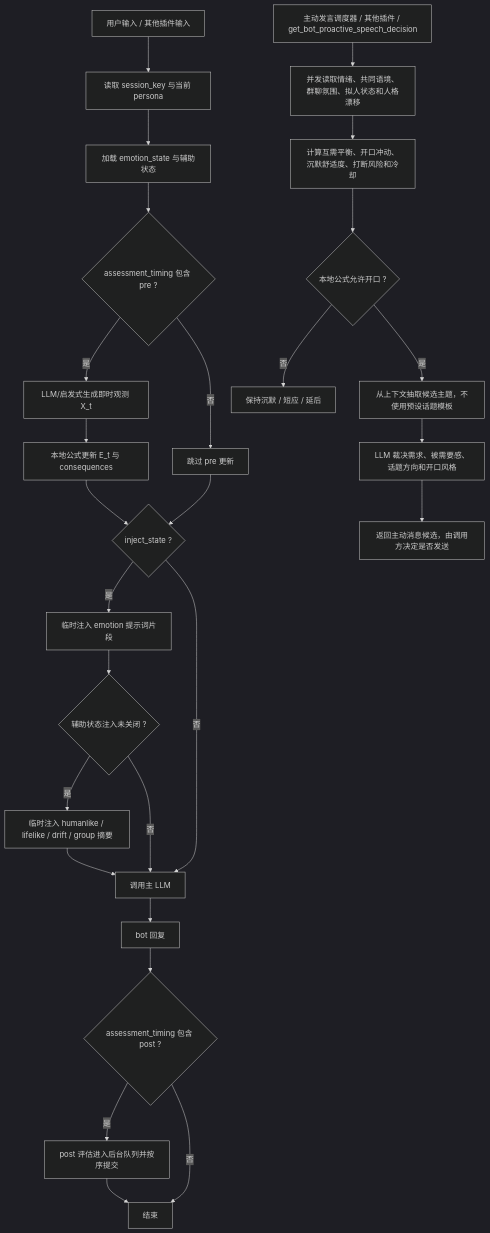
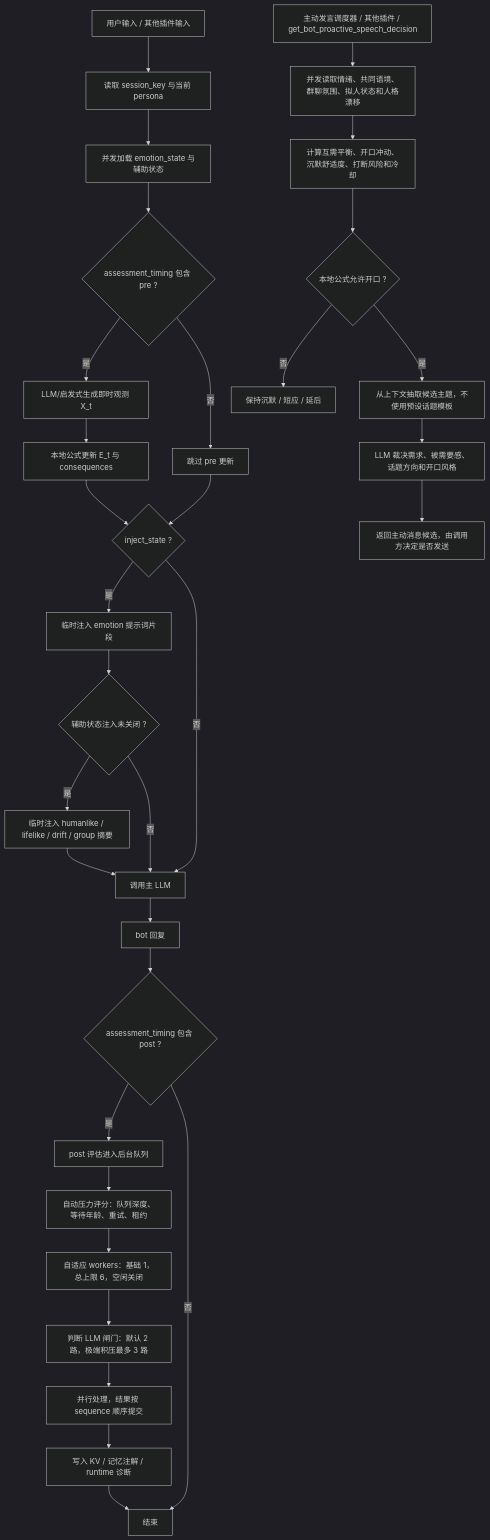
The second of 2 diagrams in README.md (Ayleovelle/astrbot_plugin_sylanne), drawn with Mermaid (dark theme) before and after one commit. The commit also changed other lines of this file and 12 other files, not shown here.

````diff
--- a/README.md
+++ b/README.md
@@ -806,30 +819,35 @@
 ```mermaid
 flowchart TD
     A["用户输入 / 其他插件输入"] --> B["读取 session_key 与当前 persona"]
-    B --> C["加载 emotion_state 与辅助状态"]
+    B --> C["并发加载 emotion_state 与辅助状态"]
     C --> D{"assessment_timing 包含 pre ?"}
     D -- "是" --> E["LLM/启发式生成即时观测 X_t"]
     E --> F["本地公式更新 E_t 与 consequences"]
     D -- "否" --> G["跳过 pre 更新"]
     F --> H{"inject_state ?"}
     G --> H
     H -- "是" --> I["临时注入 emotion 提示词片段"]
     I --> J{"辅助状态注入未关闭 ?"}
     J -- "是" --> K["临时注入 humanlike / lifelike / drift / group 摘要"]
     J -- "否" --> L["调用主 LLM"]
     K --> L
     H -- "否" --> L
     L --> M["bot 回复"]
     M --> N{"assessment_timing 包含 post ?"}
-    N -- "是" --> O["post 评估进入后台队列并按序提交"]
-    N -- "否" --> P["结束"]
-    O --> P
+    N -- "是" --> O["post 评估进入后台队列"]
+    O --> P["自动压力评分：队列深度、等待年龄、重试、租约"]
+    P --> Q["自适应 workers：基础 1，总上限 6，空闲关闭"]
+    Q --> R["判断 LLM 闸门：默认 2 路，极端积压最多 3 路"]
+    R --> S["并行处理，结果按 sequence 顺序提交"]
+    S --> AC["写入 KV / 记忆注解 / runtime 诊断"]
+    N -- "否" --> T["结束"]
+    AC --> T
 
-    Q["主动发言调度器 / 其他插件 / get_bot_proactive_speech_decision"] --> R["并发读取情绪、共同语境、群聊氛围、拟人状态和人格漂移"]
-    R --> S["计算互需平衡、开口冲动、沉默舒适度、打断风险和冷却"]
-    S --> T{"本地公式允许开口 ?"}
-    T -- "否" --> U["保持沉默 / 短应 / 延后"]
-    T -- "是" --> V["从上下文抽取候选主题，不使用预设话题模板"]
-    V --> W["LLM 裁决需求、被需要感、话题方向和开口风格"]
-    W --> X["返回主动消息候选，由调用方决定是否发送"]
+    U["主动发言调度器 / 其他插件 / get_bot_proactive_speech_decision"] --> V["并发读取情绪、共同语境、群聊氛围、拟人状态和人格漂移"]
+    V --> W["计算互需平衡、开口冲动、沉默舒适度、打断风险和冷却"]
+    W --> X{"本地公式允许开口 ?"}
+    X -- "否" --> Y["保持沉默 / 短应 / 延后"]
+    X -- "是" --> Z["从上下文抽取候选主题，不使用预设话题模板"]
+    Z --> AA["LLM 裁决需求、被需要感、话题方向和开口风格"]
+    AA --> AB["返回主动消息候选，由调用方决定是否发送"]
 ```
````
